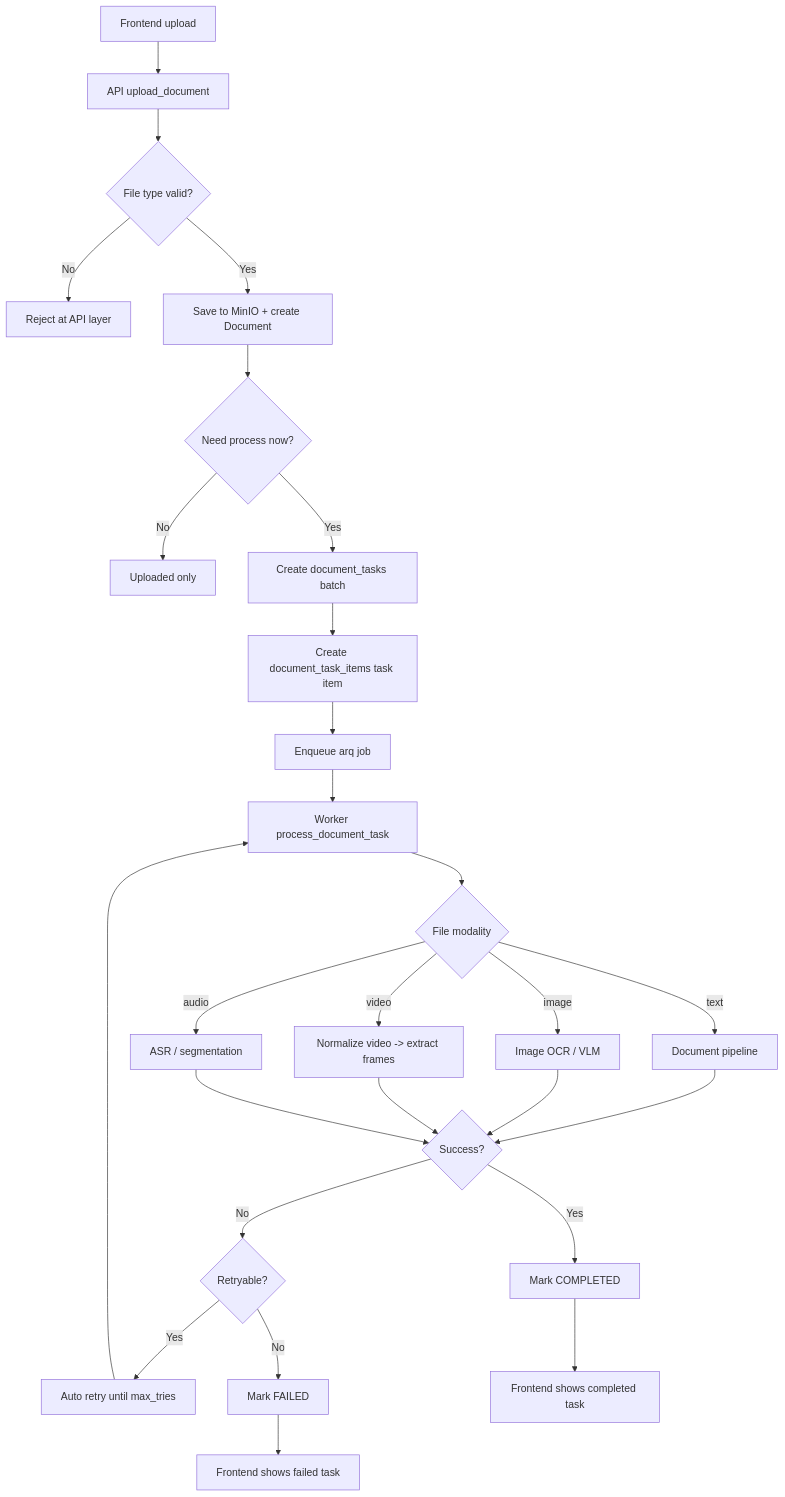
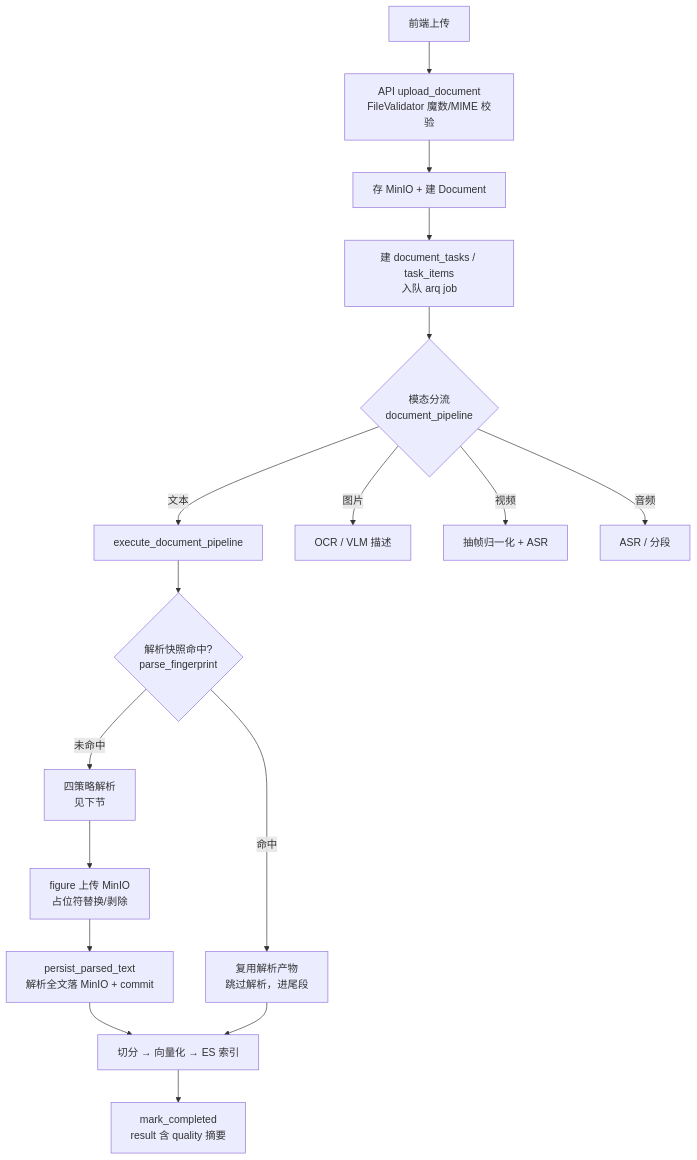
One commit to SpaceshiptoMoon/NovaMind changed the diagram in docs/knowledge-space/current/document-processing-flow.md. Above: the diagram before and after it, drawn with Mermaid. The commit also changed other lines of this file, not shown here.

````diff
--- a/docs/knowledge-space/current/document-processing-flow.md
+++ b/docs/knowledge-space/current/document-processing-flow.md
@@ -5,29 +8,19 @@
 ```mermaid
 flowchart TD
-  A[Frontend upload] --> B[API upload_document]
-  B --> C{File type valid?}
-  C -- No --> C1[Reject at API layer]
-  C -- Yes --> D[Save to MinIO + create Document]
-  D --> E{Need process now?}
-  E -- No --> E1[Uploaded only]
-  E -- Yes --> F[Create document_tasks batch]
-  F --> G[Create document_task_items task item]
-  G --> H[Enqueue arq job]
-  H --> I[Worker process_document_task]
-  I --> J{File modality}
-  J -- text --> K[Document pipeline]
-  J -- image --> L[Image OCR / VLM]
-  J -- video --> M[Normalize video -> extract frames]
-  J -- audio --> N[ASR / segmentation]
-  K --> O{Success?}
-  L --> O
-  M --> O
-  N --> O
-  O -- Yes --> P[Mark COMPLETED]
-  O -- No --> Q{Retryable?}
-  Q -- Yes --> R[Auto retry until max_tries]
-  Q -- No --> S[Mark FAILED]
-  R --> I
-  S --> T[Frontend shows failed task]
-  P --> U[Frontend shows completed task]
+  A[前端上传] --> B[API upload_document<br/>FileValidator 魔数/MIME 校验]
+  B --> C[存 MinIO + 建 Document]
+  C --> D[建 document_tasks / task_items<br/>入队 arq job]
+  D --> E{模态分流<br/>document_pipeline}
+  E -- 文本 --> F[execute_document_pipeline]
+  E -- 图片 --> G[OCR / VLM 描述]
+  E -- 视频 --> H[抽帧归一化 + ASR]
+  E -- 音频 --> I[ASR / 分段]
+  F --> F0{解析快照命中?<br/>parse_fingerprint}
+  F0 -- 命中 --> F1[复用解析产物<br/>跳过解析，进尾段]
+  F0 -- 未命中 --> F2[四策略解析<br/>见下节]
+  F2 --> F3[figure 上传 MinIO<br/>占位符替换/剥除]
+  F3 --> F4[persist_parsed_text<br/>解析全文落 MinIO + commit]
+  F4 --> F5[切分 → 向量化 → ES 索引]
+  F1 --> F5
+  F5 --> J[mark_completed<br/>result 含 quality 摘要]
 ```
````
